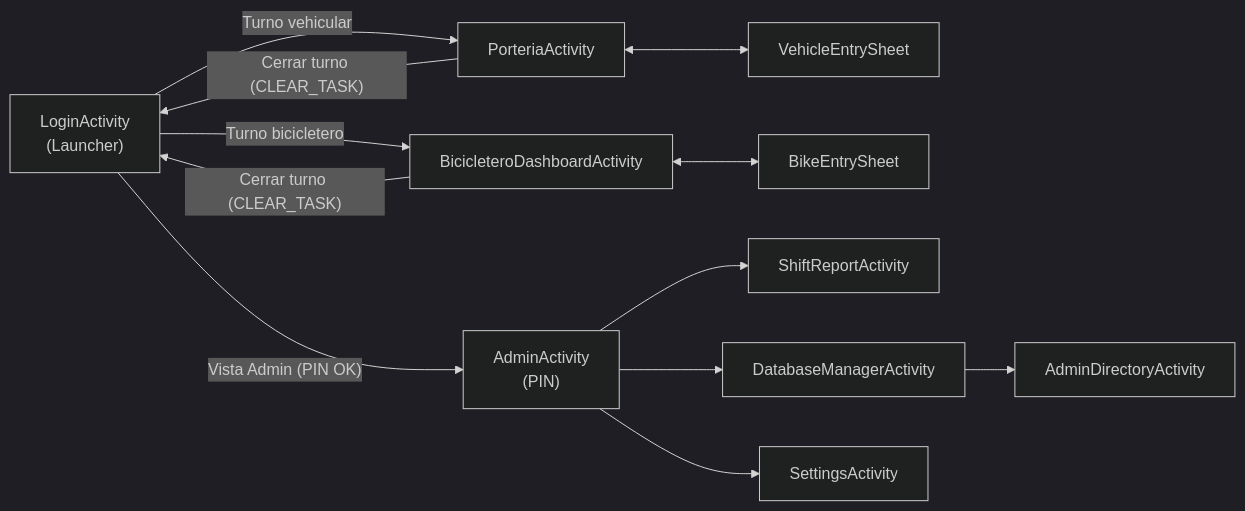
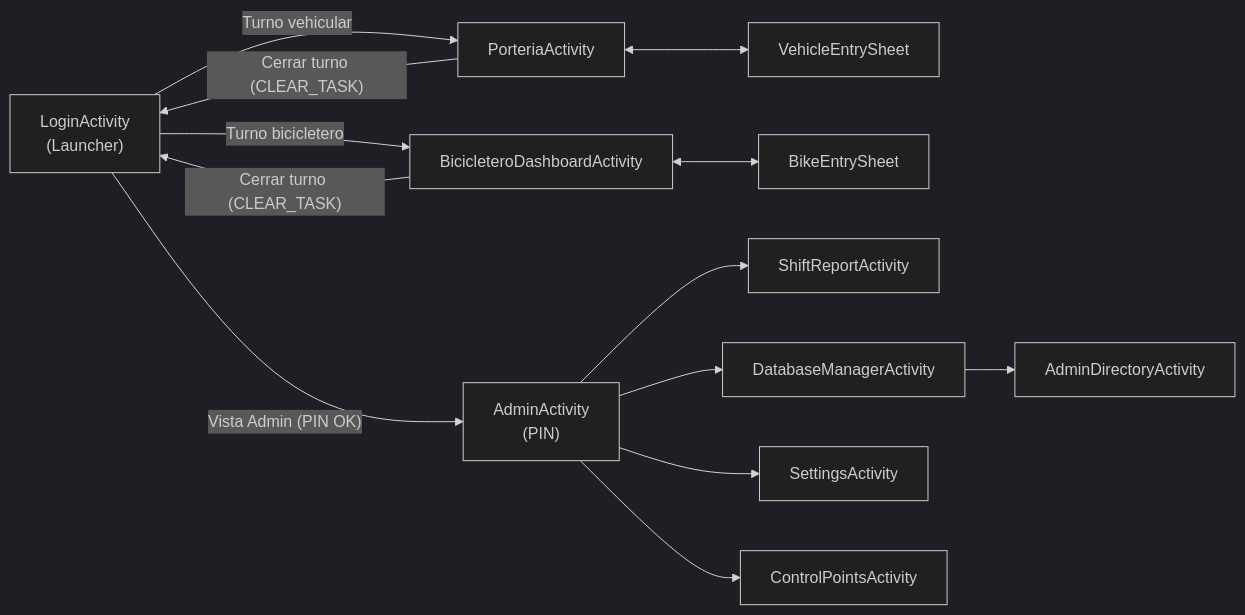
The eighth of 12 diagrams in docs/DIAGRAMS.md (dur1al/controlate-android), drawn with Mermaid (dark theme) before and after one commit. The commit also changed other lines of this file and 4 other files, not shown here.

````diff
--- a/docs/DIAGRAMS.md
+++ b/docs/DIAGRAMS.md
@@ -310,27 +328,29 @@
 ```mermaid
 flowchart LR
     L["LoginActivity<br/>(Launcher)"]
     P["PorteriaActivity"]
     VS["VehicleEntrySheet"]
     B["BicicleteroDashboardActivity"]
     BS["BikeEntrySheet"]
     A["AdminActivity<br/>(PIN)"]
     SR["ShiftReportActivity"]
     DM["DatabaseManagerActivity"]
     AD["AdminDirectoryActivity"]
     S["SettingsActivity"]
+    CP["ControlPointsActivity"]
 
     L -->|"Turno vehicular"| P
     L -->|"Turno bicicletero"| B
     L -->|"Vista Admin (PIN OK)"| A
 
     P <--> VS
     B <--> BS
     P -->|"Cerrar turno (CLEAR_TASK)"| L
     B -->|"Cerrar turno (CLEAR_TASK)"| L
 
     A --> SR
     A --> DM
     A --> S
+    A --> CP
     DM --> AD
 ```
````
